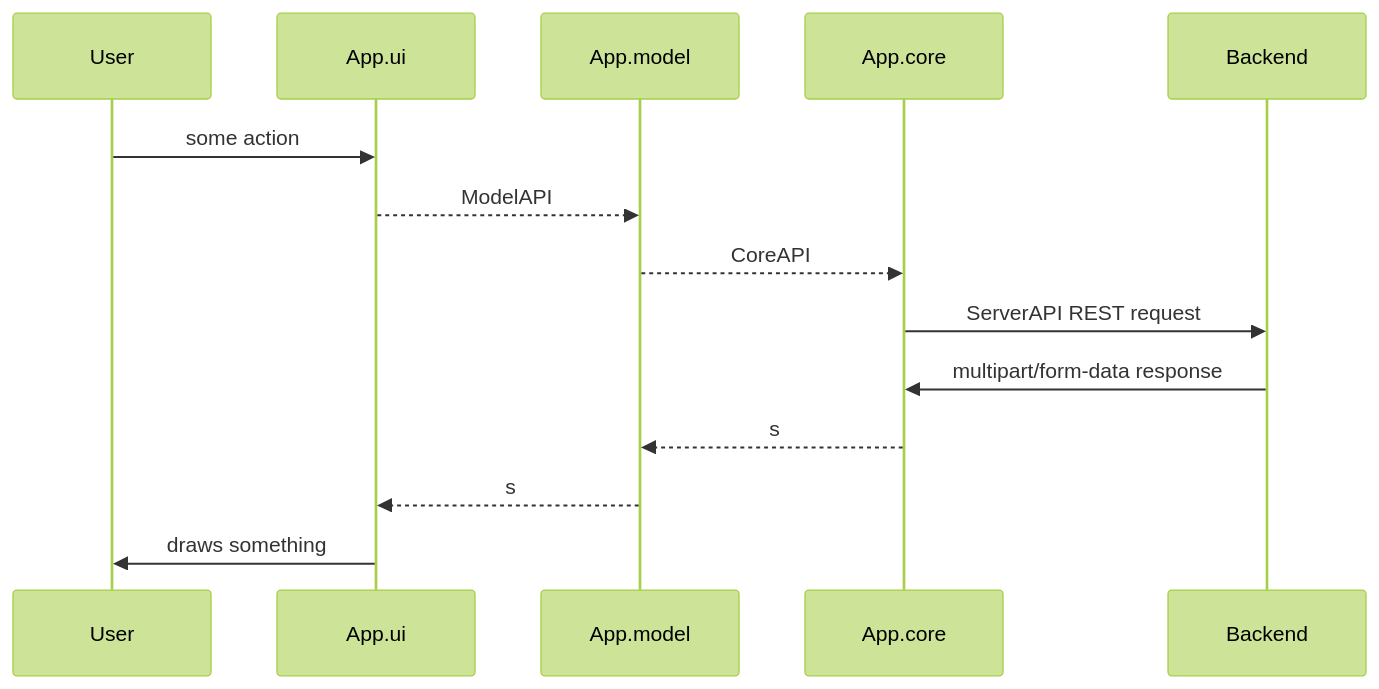
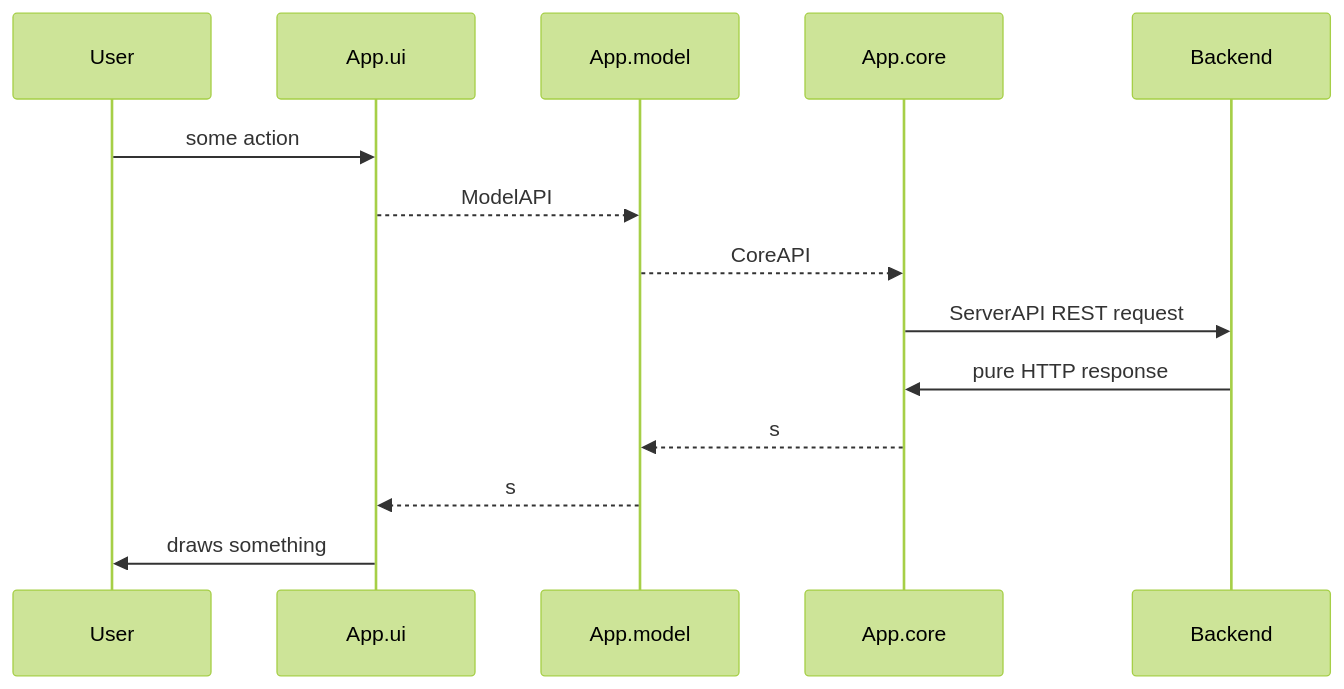
The second of 7 diagrams in README.md (funduck/modular-notes), drawn with Mermaid (forest theme) before and after one commit. The commit also changed other lines of this file and 4 other files, not shown here.

````diff
--- a/README.md
+++ b/README.md
@@ -24,11 +24,11 @@
 ```mermaid
 sequenceDiagram
     User->>App.ui: some action
     App.ui-->>App.model: ModelAPI
     App.model-->>App.core: CoreAPI
     App.core->>Backend: ServerAPI REST request
-    Backend->>App.core: multipart/form-data response
+    Backend->>App.core: pure HTTP response
     App.core-->>App.model: s
     App.model-->>App.ui: s
     App.ui->>User: draws something
 ```
````
